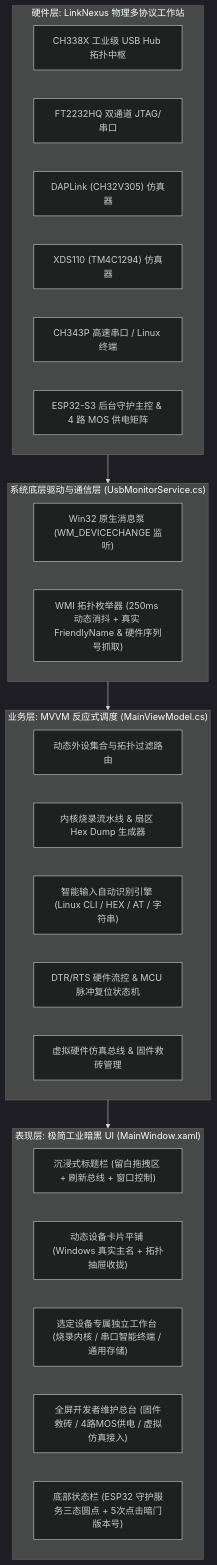
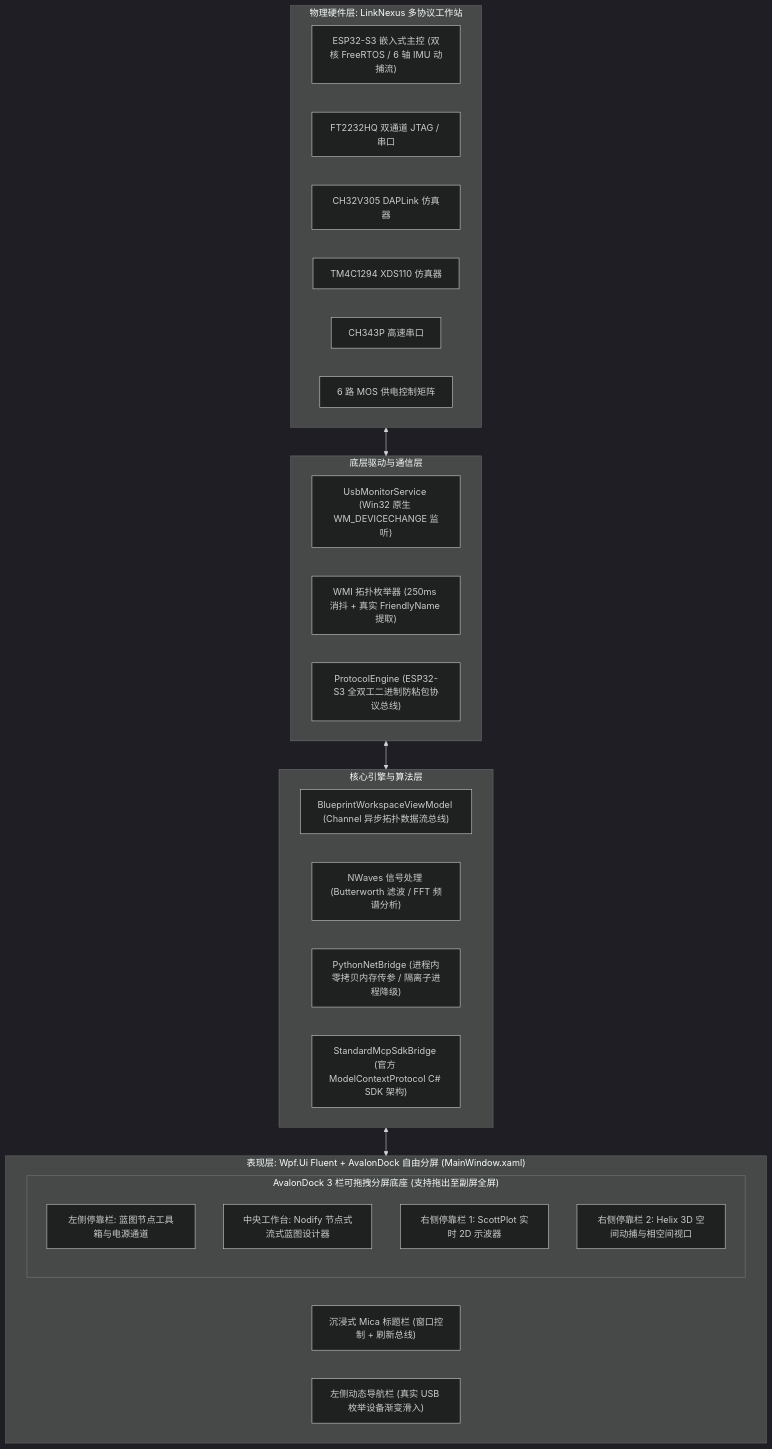
Before and after one commit to WeiXIngJIaHe/LinkNexus: the diagram in README.md, drawn with Mermaid (dark theme). The commit also changed other lines of this file and 2 other files, not shown here.

Commit message:
docs(readme): 整理归档 Section 6 条目 29，重构 6 轴 IMU 与八大开源生态技术文档，对齐 v0.35-preview.2641

````diff
--- a/README.md
+++ b/README.md
@@ -39,36 +41,39 @@
 ```mermaid
 flowchart TD
-    subgraph UI["表现层: 极简工业暗黑 UI (MainWindow.xaml)"]
-        TitleBar["沉浸式标题栏 (留白拖拽区 + 刷新总线 + 窗口控制)"]
-        PortCards["动态设备卡片平铺 (Windows 真实主名 + 拓扑抽屉收拢)"]
-        Workspaces["选定设备专属独立工作台 (烧录内核 / 串口智能终端 / 通用存储)"]
-        DebugCenter["全屏开发者维护总台 (固件救砖 / 4路MOS供电 / 虚拟仿真接入)"]
-        DaemonBar["底部状态栏 (ESP32 守护服务三态圆点 + 5次点击暗门版本号)"]
+    subgraph UI["表现层: Wpf.Ui Fluent + AvalonDock 自由分屏 (MainWindow.xaml)"]
+        TitleBar["沉浸式 Mica 标题栏 (窗口控制 + 刷新总线)"]
+        Sidebar["左侧动态导航栏 (真实 USB 枚举设备渐变滑入)"]
+        subgraph DockBase["AvalonDock 3 栏可拖拽分屏底座 (支持拖出至副屏全屏)"]
+            ToolboxPane["左侧停靠栏: 蓝图节点工具箱与电源通道"]
+            CanvasPane["中央工作台: Nodify 节点式流式蓝图设计器"]
+            ScopePane["右侧停靠栏 1: ScottPlot 实时 2D 示波器"]
+            HelixPane["右侧停靠栏 2: Helix 3D 空间动捕与相空间视口"]
+        end
     end
 
-    subgraph ViewModel["业务层: MVVM 反应式调度 (MainViewModel.cs)"]
-        DeviceManager["动态外设集合与拓扑过滤路由"]
-        BurnerEngine["内核烧录流水线 & 扇区 Hex Dump 生成器"]
-        SmartInputEngine["智能输入自动识别引擎 (Linux CLI / HEX / AT / 字符串)"]
-        HardwarePinManager["DTR/RTS 硬件流控 & MCU 脉冲复位状态机"]
-        DebugSimulationHub["虚拟硬件仿真总线 & 固件救砖管理"]
+    subgraph CoreEngine["核心引擎与算法层"]
+        BpEngine["BlueprintWorkspaceViewModel (Channel 异步拓扑数据流总线)"]
+        DspModule["NWaves 信号处理 (Butterworth 滤波 / FFT 频谱分析)"]
+        PyBridge["PythonNetBridge (进程内零拷贝内存传参 / 隔离子进程降级)"]
+        McpBridge["StandardMcpSdkBridge (官方 ModelContextProtocol C# SDK 架构)"]
     end
 
-    subgraph Service["系统底层驱动与通信层 (UsbMonitorService.cs)"]
-        WndProcHook["Win32 原生消息泵 (WM_DEVICECHANGE 监听)"]
-        WmiEngine["WMI 拓扑枚举器 (250ms 动态消抖 + 真实 FriendlyName & 硬件序列号抓取)"]
+    subgraph Service["底层驱动与通信层"]
+        PnpMonitor["UsbMonitorService (Win32 原生 WM_DEVICECHANGE 监听)"]
+        WmiEngine["WMI 拓扑枚举器 (250ms 消抖 + 真实 FriendlyName 提取)"]
+        ProtoEngine["ProtocolEngine (ESP32-S3 全双工二进制防粘包协议总线)"]
     end
 
-    subgraph Hardware["硬件层: LinkNexus 物理多协议工作站"]
-        Hub["CH338X 工业级 USB Hub 拓扑中枢"]
-        P1["FT2232HQ 双通道 JTAG/串口"]
-        P2["DAPLink (CH32V305) 仿真器"]
-        P3["XDS110 (TM4C1294) 仿真器"]
-        P4["CH343P 高速串口 / Linux 终端"]
-        P5["ESP32-S3 后台守护主控 & 4 路 MOS 供电矩阵"]
+    subgraph Hardware["物理硬件层: LinkNexus 多协议工作站"]
+        ESP32S3["ESP32-S3 嵌入式主控 (双核 FreeRTOS / 6 轴 IMU 动捕流)"]
+        FT2232["FT2232HQ 双通道 JTAG / 串口"]
+        DAPLink["CH32V305 DAPLink 仿真器"]
+        XDS110["TM4C1294 XDS110 仿真器"]
+        CH343P["CH343P 高速串口"]
+        MosMatrix["6 路 MOS 供电控制矩阵"]
     end
 
-    Hardware --> Service
-    Service --> ViewModel
-    ViewModel --> UI
+    Hardware <--> Service
+    Service <--> CoreEngine
+    CoreEngine <--> UI
 ```
````
